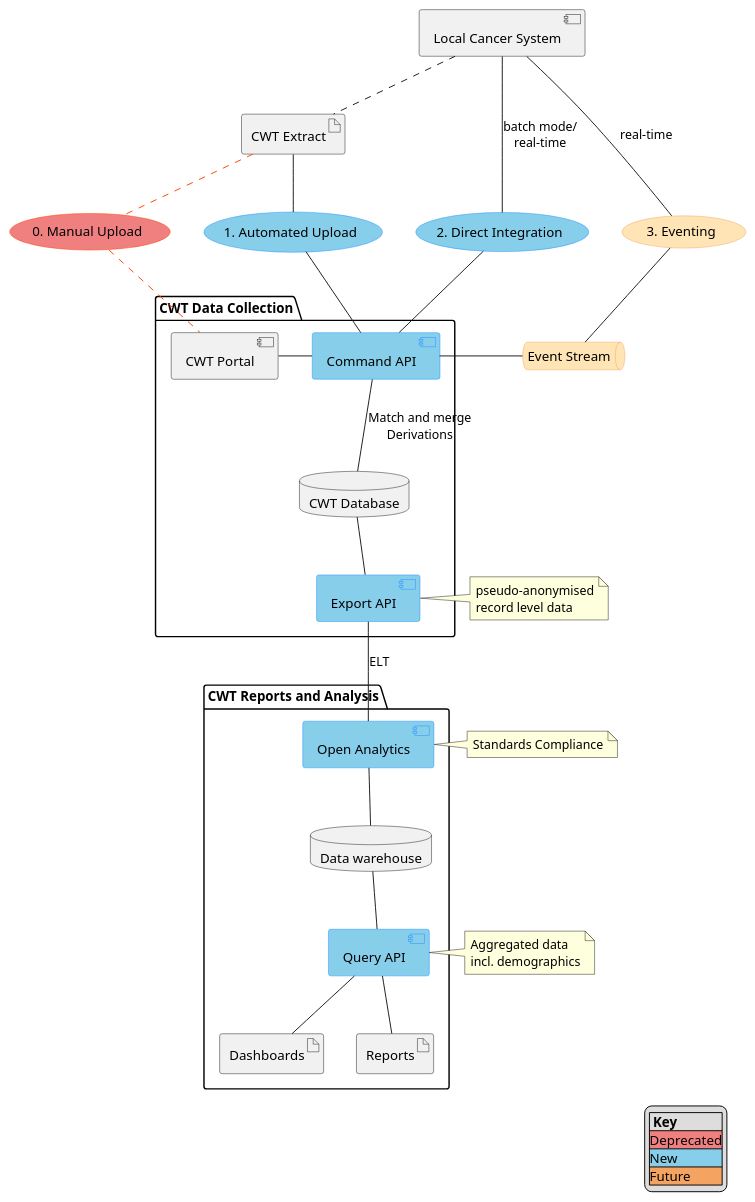
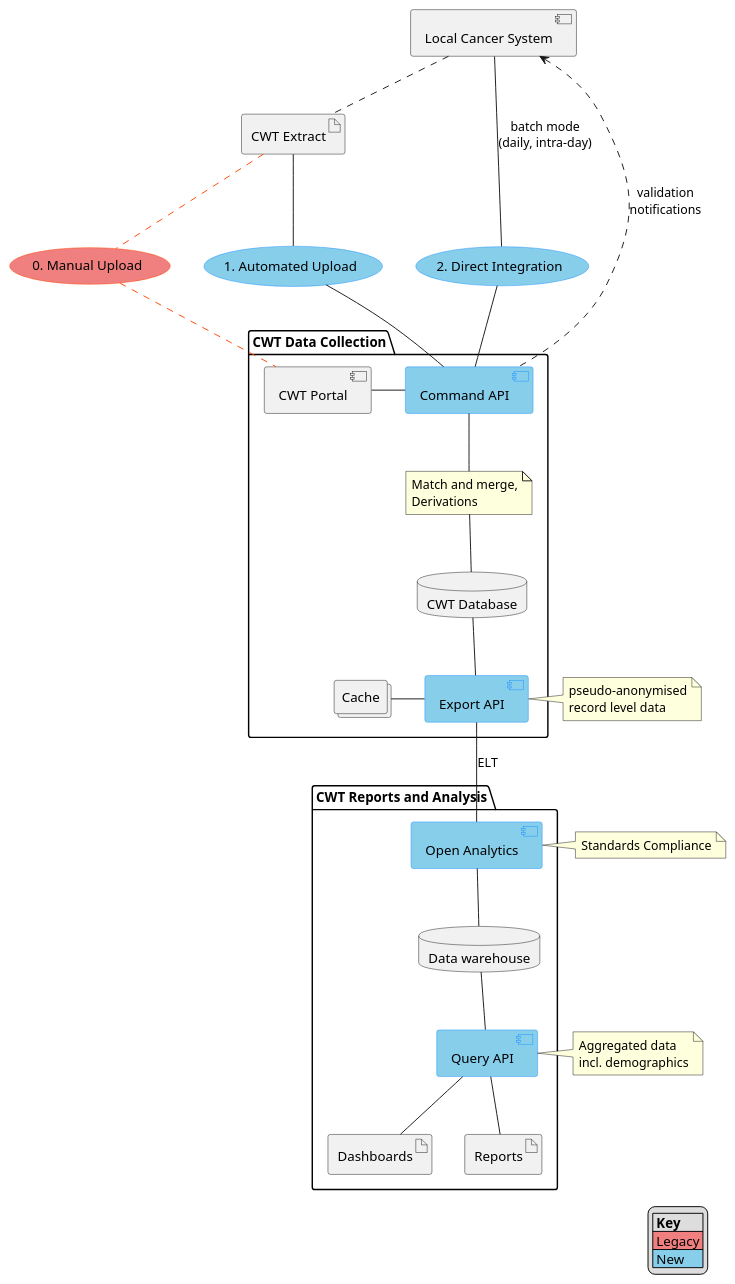
One commit to nhsx/dt-public changed the diagram in CWT/ToBe/conceptual-model.puml. Above: the diagram before and after it, drawn with PlantUML. The commit also changed 4 other files, not shown here.

Commit message:
Update file(s) "/." from "nhsx/dt-architecture"

```diff
--- a/CWT/ToBe/conceptual-model.puml
+++ b/CWT/ToBe/conceptual-model.puml
@@ -1,123 +1,127 @@
 @startuml cwt-tobe-conceptual-model
 'left to right direction
 
 hide stereotype
 skinparam usecase {
   BackgroundColor<<New>> #SkyBlue
   BorderColor<<New>> #DodgerBlue
 
-  BackgroundColor<<Deprecated>> #LightCoral  
-  BorderColor<<Deprecated>> #OrangeRed
+  BackgroundColor<<Legacy>> #LightCoral  
+  BorderColor<<Legacy>> #OrangeRed
 
   BackgroundColor<<Future>> #Moccasin  
   BorderColor<<Future>> #SandyBrown  
 }
 
 skinparam component {
   BackgroundColor<<New>> #SkyBlue
   BorderColor<<New>> #DodgerBlue
 
-  BackgroundColor<<Deprecated>> #LightCoral  
-  BorderColor<<Deprecated>> #OrangeRed
+  BackgroundColor<<Legacy>> #LightCoral  
+  BorderColor<<Legacy>> #OrangeRed
 }
 
 skinparam queue {
   BackgroundColor<<Future>> #Moccasin  
   BorderColor<<Future>> #SandyBrown    
 }
 
 skinparam arrow {
-  Color<<Deprecated>> #OrangeRed 
+  Color<<Legacy>> #OrangeRed 
 }
 
 skinparam rectangle {
   BackgroundColor<<New>> #SkyBlue
   BorderColor<<New>> #DodgerBlue
 
-  BackgroundColor<<Deprecated>> #LightCoral  
-  BorderColor<<Deprecated>> #OrangeRed
+  BackgroundColor<<Legacy>> #LightCoral  
+  BorderColor<<Legacy>> #OrangeRed
 
   BackgroundColor<<Future>> #Moccasin  
   BorderColor<<Future>> #SandyBrown    
 }
 
 component "Local Cancer System" as lcs
-queue "Event Stream" <<Future>> as es
+
 artifact "CWT Extract" as file
 
-usecase "0. Manual Upload" <<Deprecated>> as mup
+usecase "0. Manual Upload" <<Legacy>> as mup
 usecase "1. Automated Upload" <<New>> as aup
 usecase "2. Direct Integration" <<New>> as di
-usecase "3. Eventing" <<Future>> as ev
 
 package "CWT Data Collection" {
 
 component "CWT Portal" as cwt
 component "Command API" <<New>> as capi
 database "CWT Database" as db
 component "Export API" <<New>>   as eapi
 
+collections "Cache" as cache
+
+note as n4
+ Match and merge,
+ Derivations 
+endnote
+
 cwt - capi
-capi -- db : Match and merge\nDerivations 
+capi -- n4
+n4 -- db 
 db -- eapi
-
+cache - eapi
 }
 
 package "CWT Reports and Analysis" {
 
 component "Open Analytics" <<New>> as oa
 database "Data warehouse" as dw
 component "Query API" <<New>> as qapi
 artifact "Dashboards" as dbs
 artifact "Reports" as rpt
 
 }
 
 note as n1
   pseudo-anonymised
   record level data
 endnote
 
 note as n2
   Standards Compliance
 endnote
 
 note as n3
   Aggregated data 
   incl. demographics
 endnote
 
 lcs .. file
-file .. mup<<Deprecated>>
-mup .. cwt<<Deprecated>>
+file .. mup<<Legacy>>
+mup .. cwt<<Legacy>>
 
 file -- aup
 aup -- capi
 
-lcs --- di : batch mode/\nreal-time
+lcs --- di : batch mode\n(daily, intra-day)
 di -- capi
-
-lcs --- ev : real-time
-ev -- es
-capi - es
 
 eapi -- oa : ELT
 oa -- dw
 
 dw -- qapi
 
 qapi -- dbs
 qapi -- rpt
 
 eapi - n1
 oa - n2
 qapi - n3
 
+lcs <... capi : validation\nnotifications 
+
 legend right
 |= Key |
-|<#LightCoral>Deprecated|
-|<#SkyBlue>New|
-|<#SandyBrown>Future|
+|<#LightCoral> Legacy |
+|<#SkyBlue> New |
 endlegend
 
 @enduml
```
